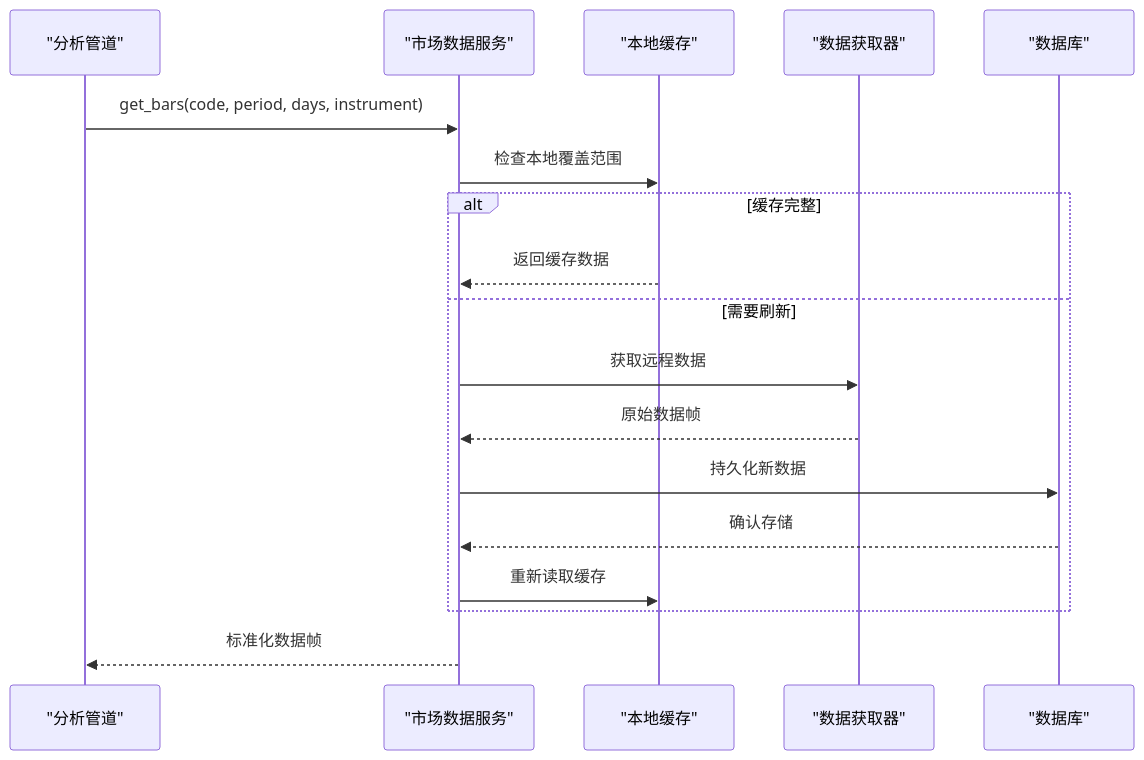
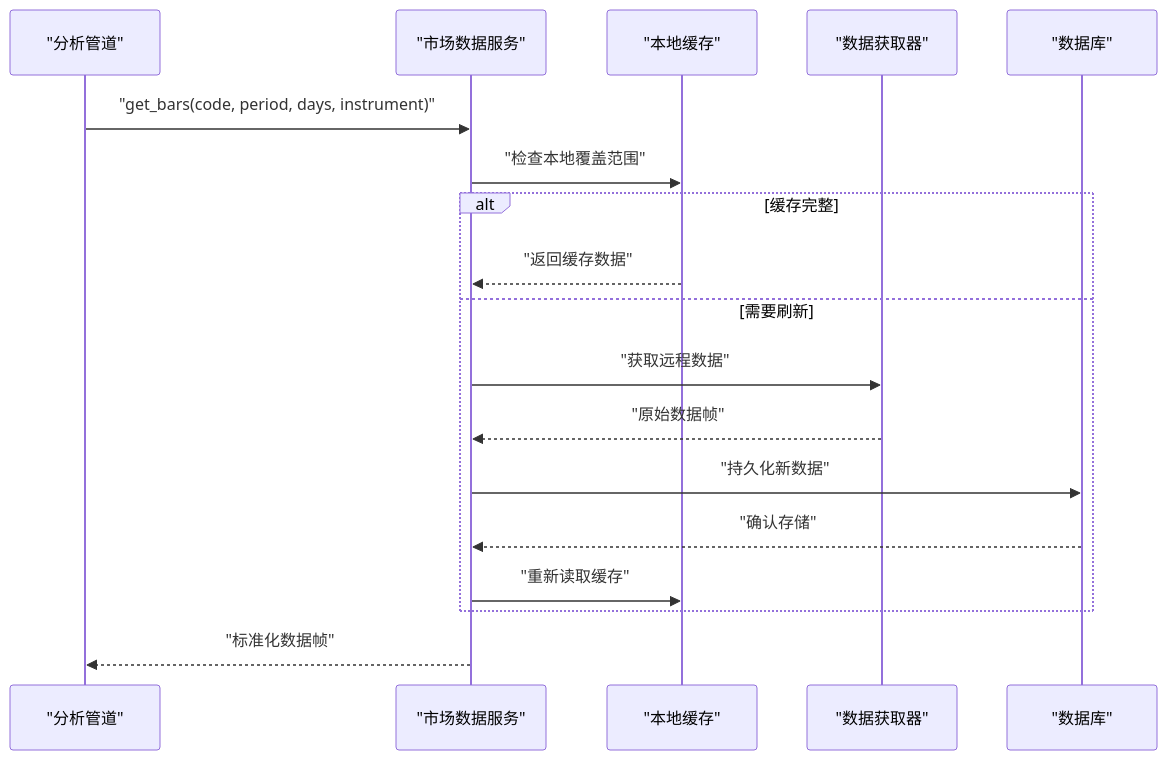
Before and after one commit to anYaoooo/daily_stock_analysis: the seventh of 14 diagrams in .qoder/repowiki/zh/content/API参考文档/加密货币交易API.md, drawn with Mermaid. The commit also changed other lines of this file and 16 other files, not shown here.

````diff
--- a/.qoder/repowiki/zh/content/API参考文档/加密货币交易API.md
+++ b/.qoder/repowiki/zh/content/API参考文档/加密货币交易API.md
@@ -240,20 +333,20 @@
 ```mermaid
 sequenceDiagram
 participant Pipeline as "分析管道"
 participant MarketSvc as "市场数据服务"
 participant Cache as "本地缓存"
 participant Fetcher as "数据获取器"
 participant DB as "数据库"
-Pipeline->>MarketSvc : get_bars(code, period, days, instrument)
-MarketSvc->>Cache : 检查本地覆盖范围
+Pipeline->>MarketSvc : "get_bars(code, period, days, instrument)"
+MarketSvc->>Cache : "检查本地覆盖范围"
 alt 缓存完整
-Cache-->>MarketSvc : 返回缓存数据
+Cache-->>MarketSvc : "返回缓存数据"
 else 需要刷新
-MarketSvc->>Fetcher : 获取远程数据
-Fetcher-->>MarketSvc : 原始数据帧
-MarketSvc->>DB : 持久化新数据
-DB-->>MarketSvc : 确认存储
-MarketSvc->>Cache : 重新读取缓存
+MarketSvc->>Fetcher : "获取远程数据"
+Fetcher-->>MarketSvc : "原始数据帧"
+MarketSvc->>DB : "持久化新数据"
+DB-->>MarketSvc : "确认存储"
+MarketSvc->>Cache : "重新读取缓存"
 end
-MarketSvc-->>Pipeline : 标准化数据帧
+MarketSvc-->>Pipeline : "标准化数据帧"
 ```
````
